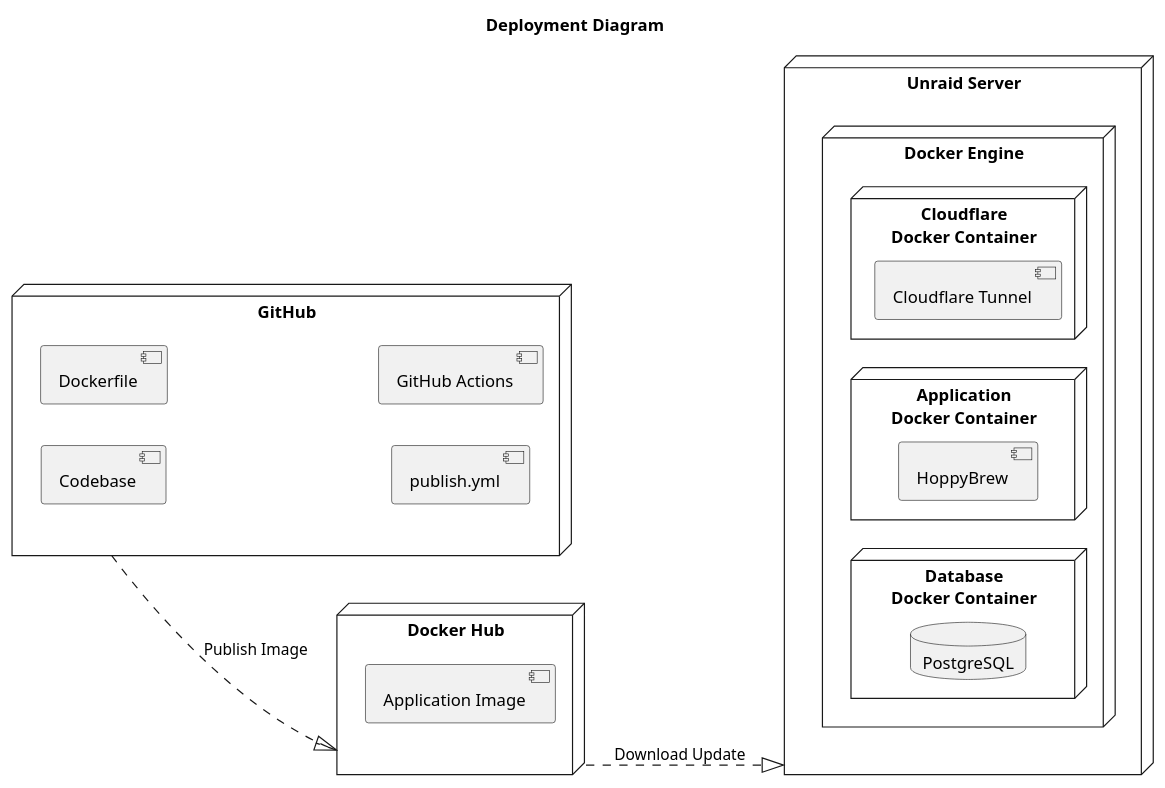
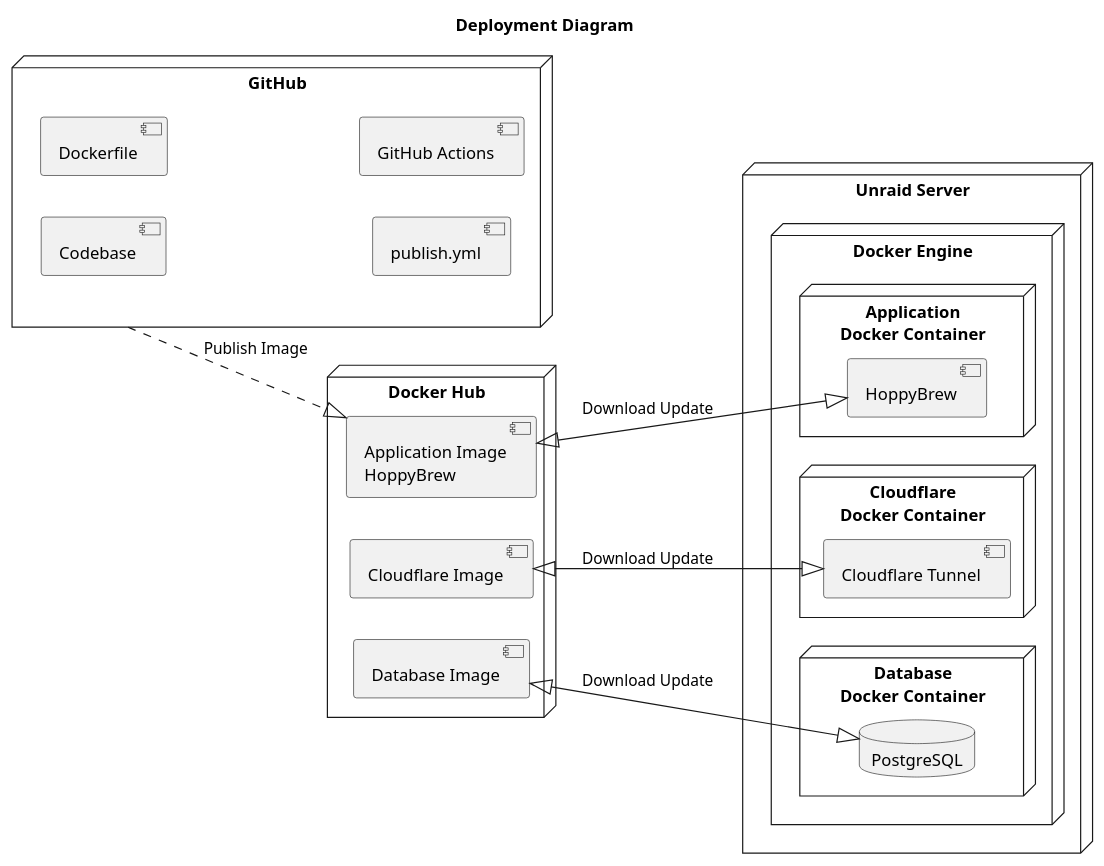
Before and after one commit to asbor/iu-project-software-engineering: the diagram in documents/01-Conception-Phase/plantuml/d.puml, drawn with PlantUML. The commit also changed 4 other files, not shown here.

```diff
--- a/documents/01-Conception-Phase/plantuml/d.puml
+++ b/documents/01-Conception-Phase/plantuml/d.puml
@@ -1,36 +1,40 @@
 @startuml 08-Deployment-View
 title Deployment Diagram
 
 left to right direction
 
 node "GitHub" as github {
     component "Codebase" as codebase
     component "Dockerfile" as dockerfile
     component "publish.yml" as publish
     component "GitHub Actions" as githubActions
 }
 
 node "Docker Hub" as dockerHub {
-    component "Application Image" as appImage
+    component "Application Image\nHoppyBrew" as appImage
+    component "Cloudflare Image" as cloudflareImage
+    component "Database Image" as databaseImage
 }
 
 node "Unraid Server" as unraid {
     node "Docker Engine" {
         node "Cloudflare\nDocker Container" {
             component "Cloudflare Tunnel" as cloudflareTunnel
         }
 
         node "Application\nDocker Container" {
             component "HoppyBrew" as hoppybrew
         }
 
         node "Database\nDocker Container" {
             database "PostgreSQL" as postgres
         }
     }
 }
 
-github ..|> dockerHub : Publish Image
-dockerHub ..|> unraid : Download Update
+github ..|> appImage : Publish Image
+appImage <|--|> hoppybrew : Download Update
+cloudflareImage <|--|> cloudflareTunnel : Download Update
+databaseImage <|--|> postgres : Download Update
 
 @enduml
```
